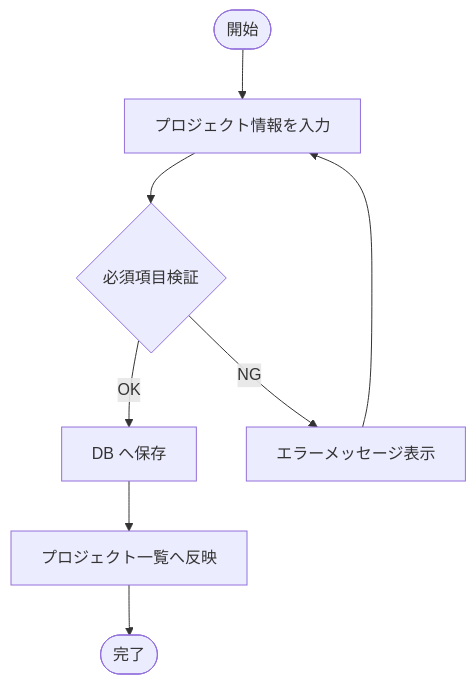
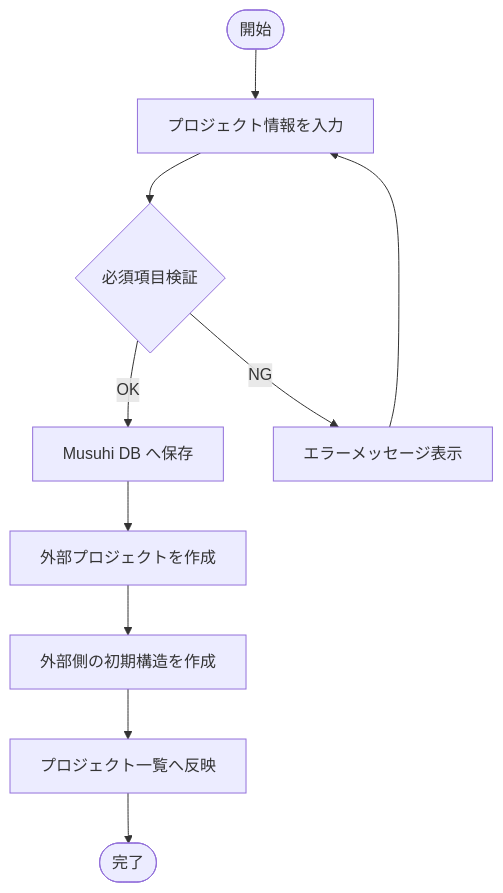
The first of 4 diagrams in _document/002.要件定義フェーズ/004.要件定義/003-01.機能要件定義書.md (BossApe/lo-vibe), drawn with Mermaid before and after one commit. The commit also changed other lines of this file, not shown here.

````diff
--- a/_document/002.要件定義フェーズ/004.要件定義/003-01.機能要件定義書.md
+++ b/_document/002.要件定義フェーズ/004.要件定義/003-01.機能要件定義書.md
@@ -76,10 +82,12 @@
 ```mermaid
 flowchart TD
     A([開始]) --> B[プロジェクト情報を入力]
     B --> C{必須項目検証}
-    C -- OK --> D[DB へ保存]
-    D --> E[プロジェクト一覧へ反映]
-    E --> F([完了])
-    C -- NG --> G[エラーメッセージ表示]
-    G --> B
+    C -- OK --> D[Musuhi DB へ保存]
+    D --> E[外部プロジェクトを作成]
+    E --> F[外部側の初期構造を作成]
+    F --> G[プロジェクト一覧へ反映]
+    G --> H([完了])
+    C -- NG --> X[エラーメッセージ表示]
+    X --> B
 ```
````
